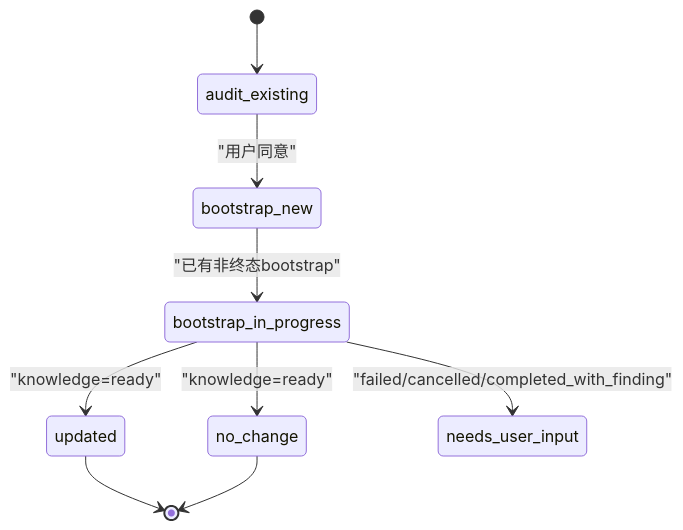
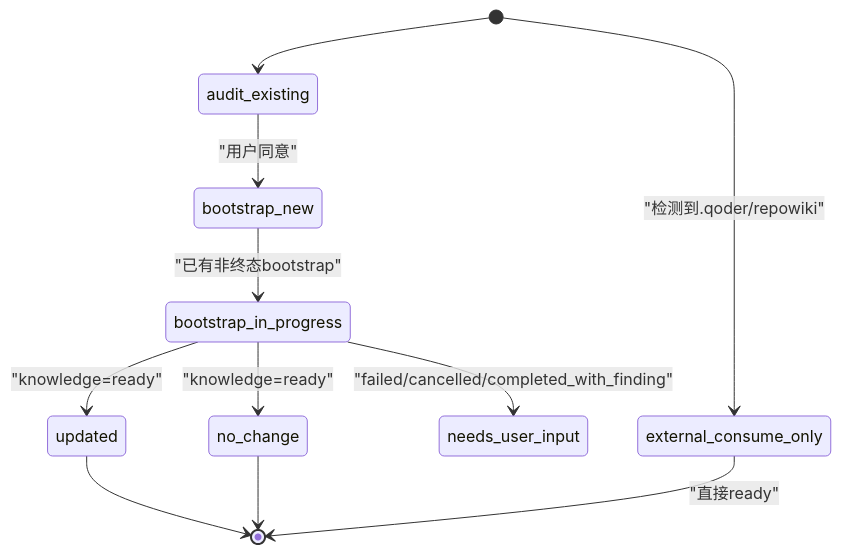
The sixth of 8 diagrams in .qoder/repowiki/zh/content/知识管理/知识管理.md (HackSing/docs-harness), drawn with Mermaid before and after one commit. The commit also changed other lines of this file and 32 other files, not shown here.

````diff
--- a/.qoder/repowiki/zh/content/知识管理/知识管理.md
+++ b/.qoder/repowiki/zh/content/知识管理/知识管理.md
@@ -194,11 +247,13 @@
 ```mermaid
 stateDiagram-v2
 [*] --> audit_existing
 audit_existing --> bootstrap_new : "用户同意"
 bootstrap_new --> bootstrap_in_progress : "已有非终态bootstrap"
 bootstrap_in_progress --> updated : "knowledge=ready"
 bootstrap_in_progress --> no_change : "knowledge=ready"
 bootstrap_in_progress --> needs_user_input : "failed/cancelled/completed_with_finding"
 updated --> [*]
 no_change --> [*]
+[*] --> external_consume_only : "检测到.qoder/repowiki"
+external_consume_only --> [*] : "直接ready"
 ```
````
